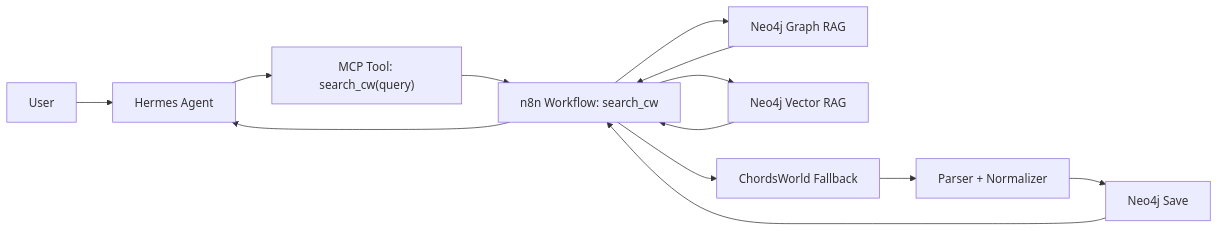
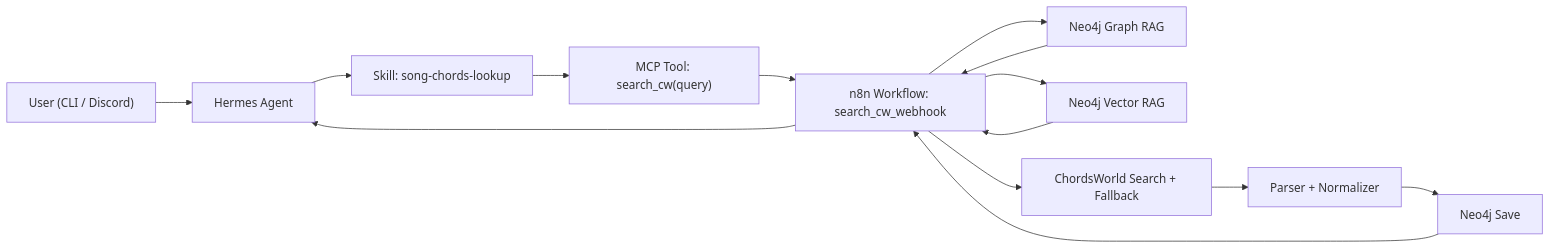
The diagram in notes/project-package.md (AndLOLGG/ai-chord-neo4j-agent), drawn with Mermaid before and after one commit. The commit also changed other lines of this file, not shown here.

````diff
--- a/notes/project-package.md
+++ b/notes/project-package.md
@@ -73,15 +77,16 @@
 ```mermaid
 flowchart LR
-    U["User"] --> H["Hermes Agent"]
-    H --> M["MCP Tool: search_cw(query)"]
-    M --> W["n8n Workflow: search_cw"]
+    U["User (CLI / Discord)"] --> H["Hermes Agent"]
+    H --> S["Skill: song-chords-lookup"]
+    S --> M["MCP Tool: search_cw(query)"]
+    M --> W["n8n Workflow: search_cw_webhook"]
     W --> G["Neo4j Graph RAG"]
     W --> V["Neo4j Vector RAG"]
     G --> W
     V --> W
-    W --> C["ChordsWorld Fallback"]
+    W --> C["ChordsWorld Search + Fallback"]
     C --> P["Parser + Normalizer"]
     P --> N["Neo4j Save"]
     N --> W
     W --> H
 ```
````
